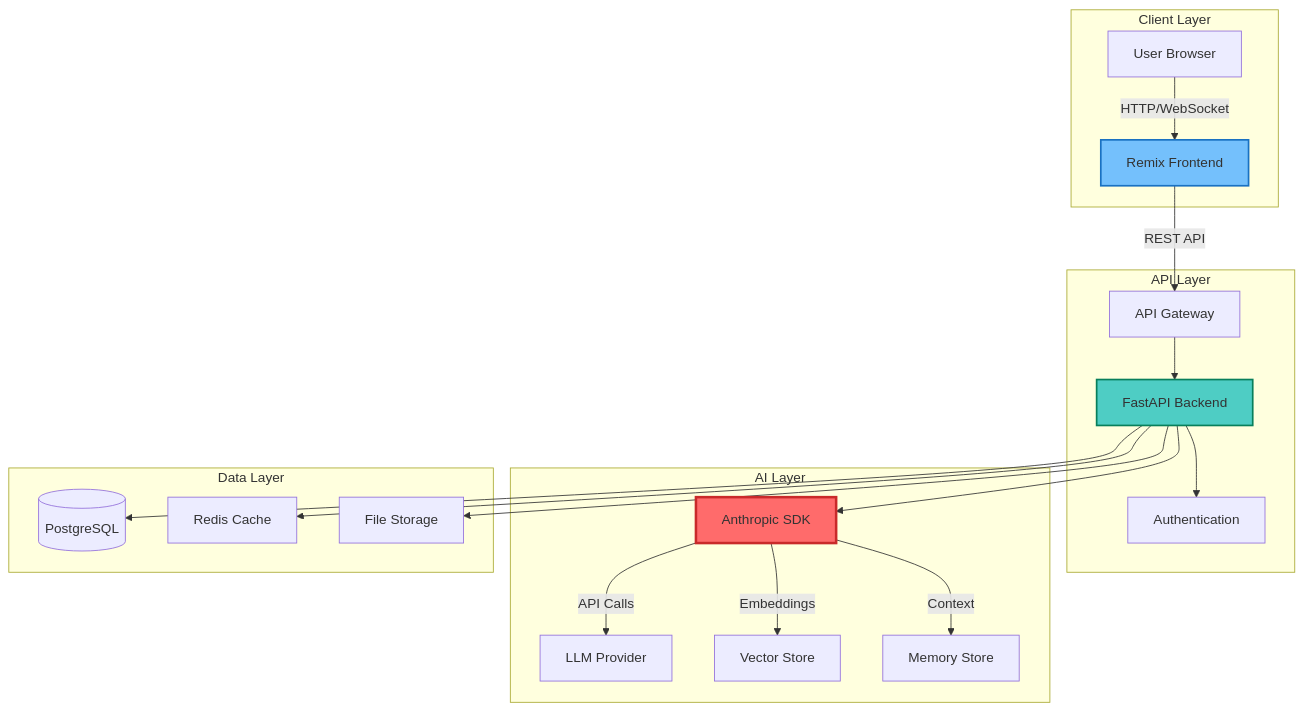
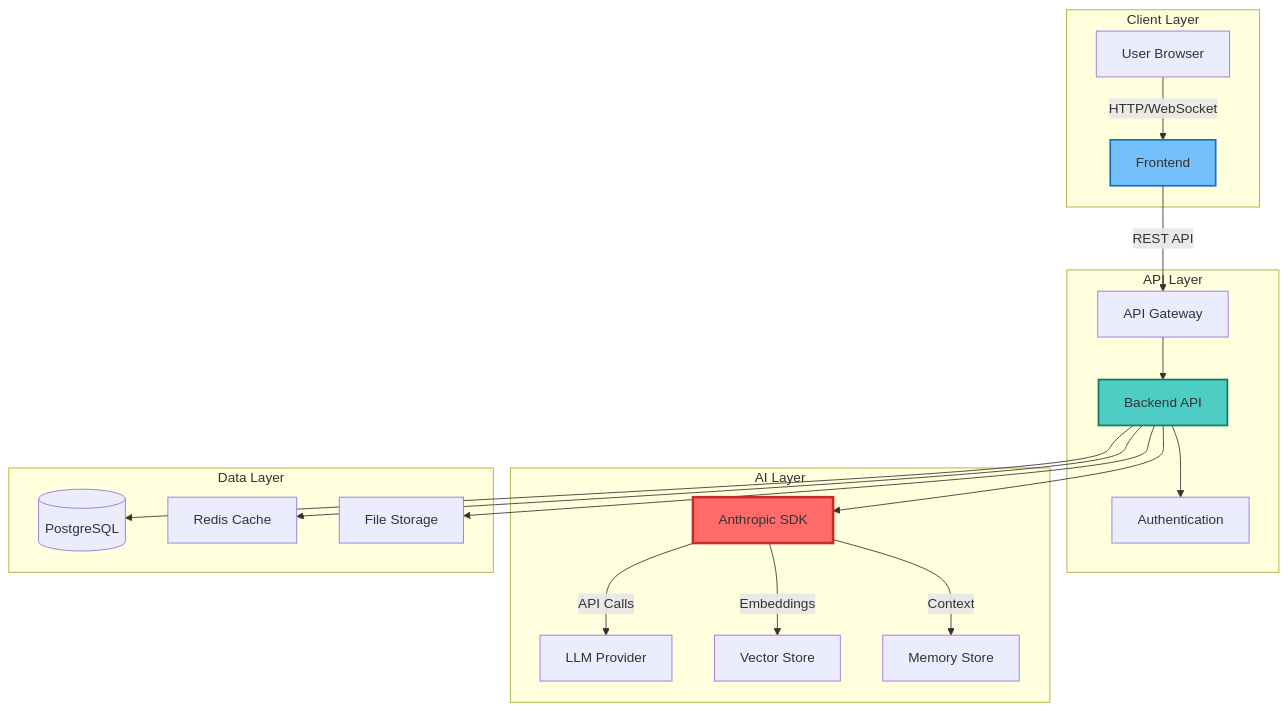
The diagram in README.md (mk-knight23/AI-SDK-ANTHROPIC), drawn with Mermaid before and after one commit. The commit also changed other lines of this file, not shown here.

````diff
--- a/README.md
+++ b/README.md
@@ -332,42 +321,42 @@
 ```mermaid
 graph TB
     subgraph "Client Layer"
         A[User Browser]
-        B[Remix Frontend]
+        B[Frontend]
     end
 
     subgraph "API Layer"
         C[API Gateway]
-        D[FastAPI Backend]
+        D[Backend API]
         E[Authentication]
     end
 
     subgraph "AI Layer"
         F[Anthropic SDK]
         G[LLM Provider]
         H[Vector Store]
         I[Memory Store]
     end
 
     subgraph "Data Layer"
         J[(PostgreSQL)]
         K[Redis Cache]
         L[File Storage]
     end
 
     A -->|HTTP/WebSocket| B
     B -->|REST API| C
     C --> D
     D --> E
     D --> F
     F -->|API Calls| G
     F -->|Embeddings| H
     F -->|Context| I
     D --> J
     D --> K
     D --> L
 
     style F fill:#ff6b6b,stroke:#c92a2a,stroke-width:3px
     style D fill:#4ecdc4,stroke:#087f5b,stroke-width:2px
     style B fill:#74c0fc,stroke:#1971c2,stroke-width:2px
 ```
````
